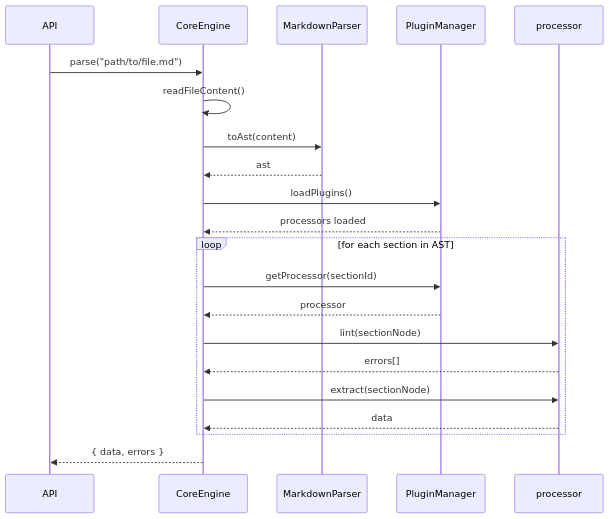
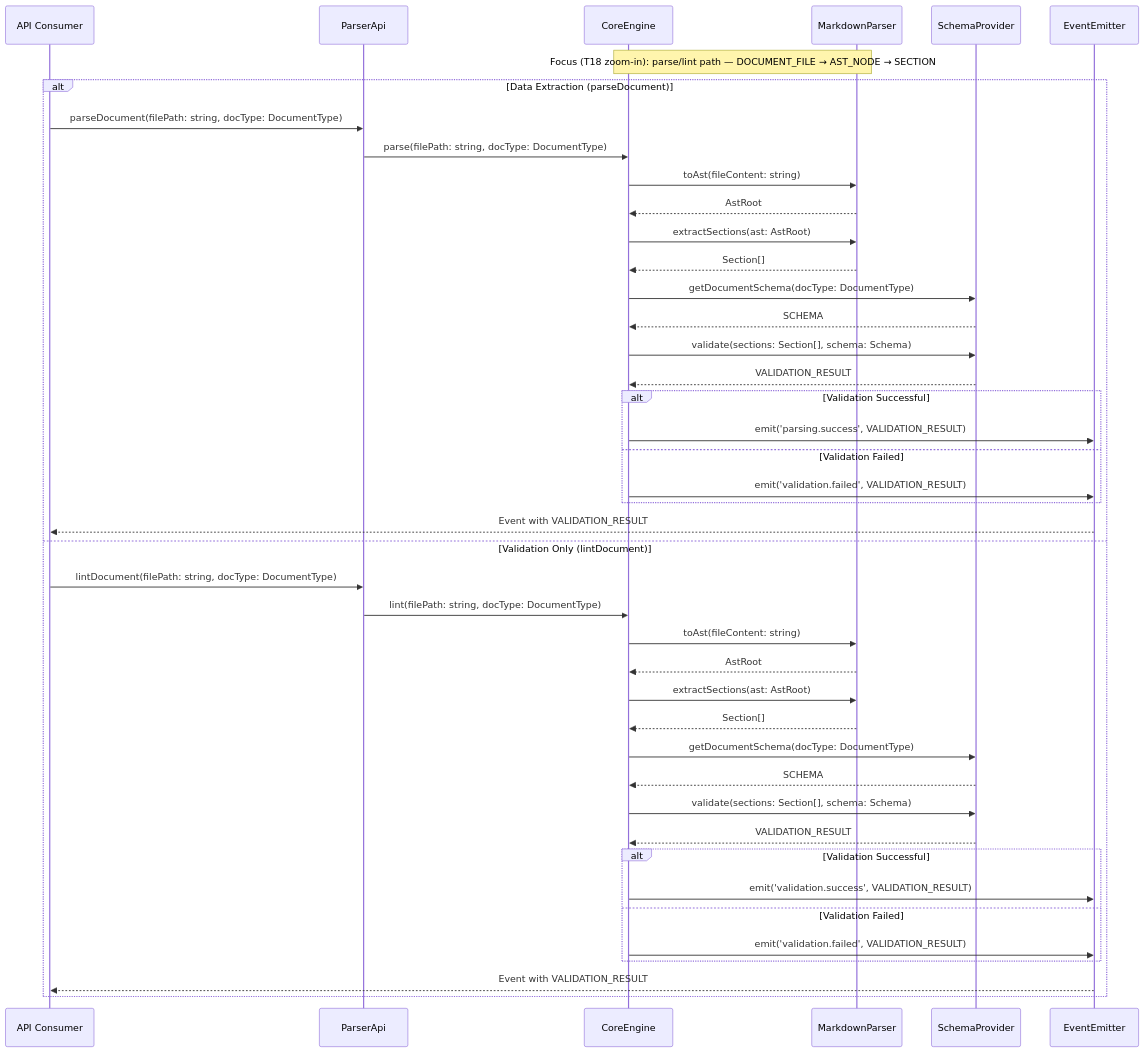
One commit to livelifelively/documentation-driven-development-tools changed the fourth of 4 diagrams in docs/requirements/p1.p5.t18-core-engine-parser.task.md. Above: the diagram before and after it, drawn with Mermaid. The commit also changed other lines of this file and 9 other files, not shown here.

````diff
--- a/docs/requirements/p1.p5.t18-core-engine-parser.task.md
+++ b/docs/requirements/p1.p5.t18-core-engine-parser.task.md
@@ -148,23 +247,47 @@
 ```mermaid
 sequenceDiagram
-    participant API
+    participant Consumer as API Consumer
+    participant ParserApi
     participant CoreEngine
     participant MarkdownParser
-    participant PluginManager
+    participant SchemaProvider
+    participant EventEmitter
 
-    API->>CoreEngine: parse("path/to/file.md")
-    CoreEngine->>CoreEngine: readFileContent()
-    CoreEngine->>MarkdownParser: toAst(content)
-    MarkdownParser-->>CoreEngine: ast
-    CoreEngine->>PluginManager: loadPlugins()
-    PluginManager-->>CoreEngine: processors loaded
-    loop for each section in AST
-        CoreEngine->>PluginManager: getProcessor(sectionId)
-        PluginManager-->>CoreEngine: processor
-        CoreEngine->>processor: lint(sectionNode)
-        processor-->>CoreEngine: errors[]
-        CoreEngine->>processor: extract(sectionNode)
-        processor-->>CoreEngine: data
+    Note over CoreEngine,MarkdownParser: Focus (T18 zoom-in): parse/lint path — DOCUMENT_FILE → AST_NODE → SECTION
+
+    alt Data Extraction (parseDocument)
+        Consumer->>ParserApi: parseDocument(filePath: string, docType: DocumentType)
+        ParserApi->>CoreEngine: parse(filePath: string, docType: DocumentType)
+        CoreEngine->>MarkdownParser: toAst(fileContent: string)
+        MarkdownParser-->>CoreEngine: AstRoot
+        CoreEngine->>MarkdownParser: extractSections(ast: AstRoot)
+        MarkdownParser-->>CoreEngine: Section[]
+        CoreEngine->>SchemaProvider: getDocumentSchema(docType: DocumentType)
+        SchemaProvider-->>CoreEngine: SCHEMA
+        CoreEngine->>SchemaProvider: validate(sections: Section[], schema: Schema)
+        SchemaProvider-->>CoreEngine: VALIDATION_RESULT
+        alt Validation Successful
+            CoreEngine->>EventEmitter: emit('parsing.success', VALIDATION_RESULT)
+        else Validation Failed
+            CoreEngine->>EventEmitter: emit('validation.failed', VALIDATION_RESULT)
+        end
+        EventEmitter-->>Consumer: Event with VALIDATION_RESULT
+    else Validation Only (lintDocument)
+        Consumer->>ParserApi: lintDocument(filePath: string, docType: DocumentType)
+        ParserApi->>CoreEngine: lint(filePath: string, docType: DocumentType)
+        CoreEngine->>MarkdownParser: toAst(fileContent: string)
+        MarkdownParser-->>CoreEngine: AstRoot
+        CoreEngine->>MarkdownParser: extractSections(ast: AstRoot)
+        MarkdownParser-->>CoreEngine: Section[]
+        CoreEngine->>SchemaProvider: getDocumentSchema(docType: DocumentType)
+        SchemaProvider-->>CoreEngine: SCHEMA
+        CoreEngine->>SchemaProvider: validate(sections: Section[], schema: Schema)
+        SchemaProvider-->>CoreEngine: VALIDATION_RESULT
+        alt Validation Successful
+            CoreEngine->>EventEmitter: emit('validation.success', VALIDATION_RESULT)
+        else Validation Failed
+            CoreEngine->>EventEmitter: emit('validation.failed', VALIDATION_RESULT)
+        end
+        EventEmitter-->>Consumer: Event with VALIDATION_RESULT
     end
-    CoreEngine-->>API: { data, errors }
 ```
````
